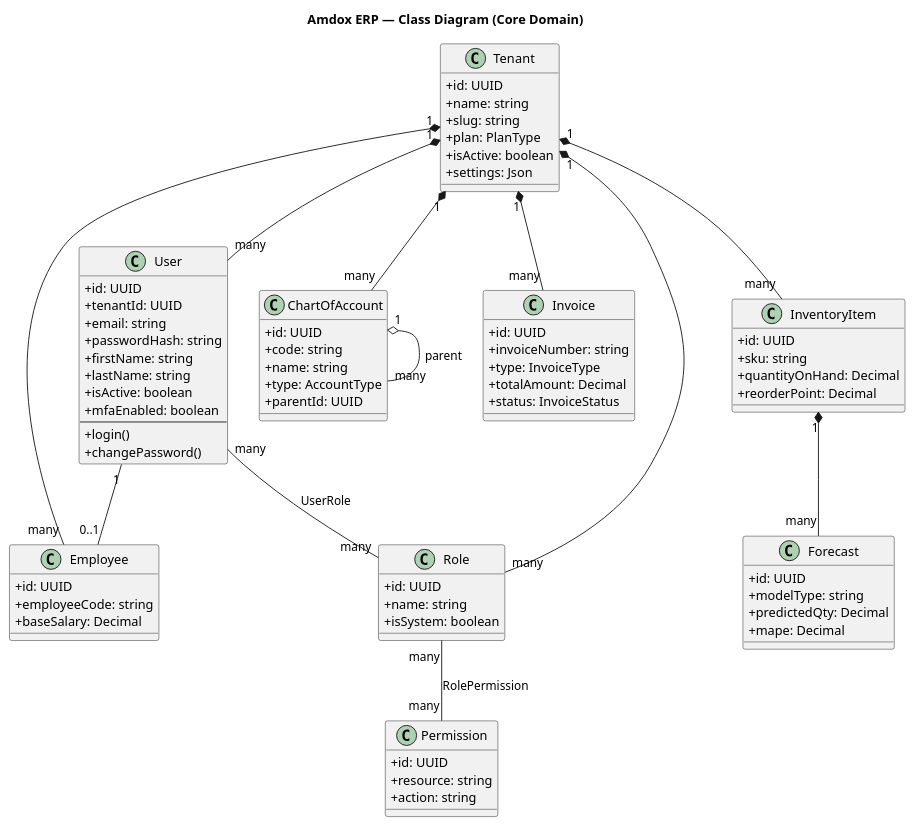
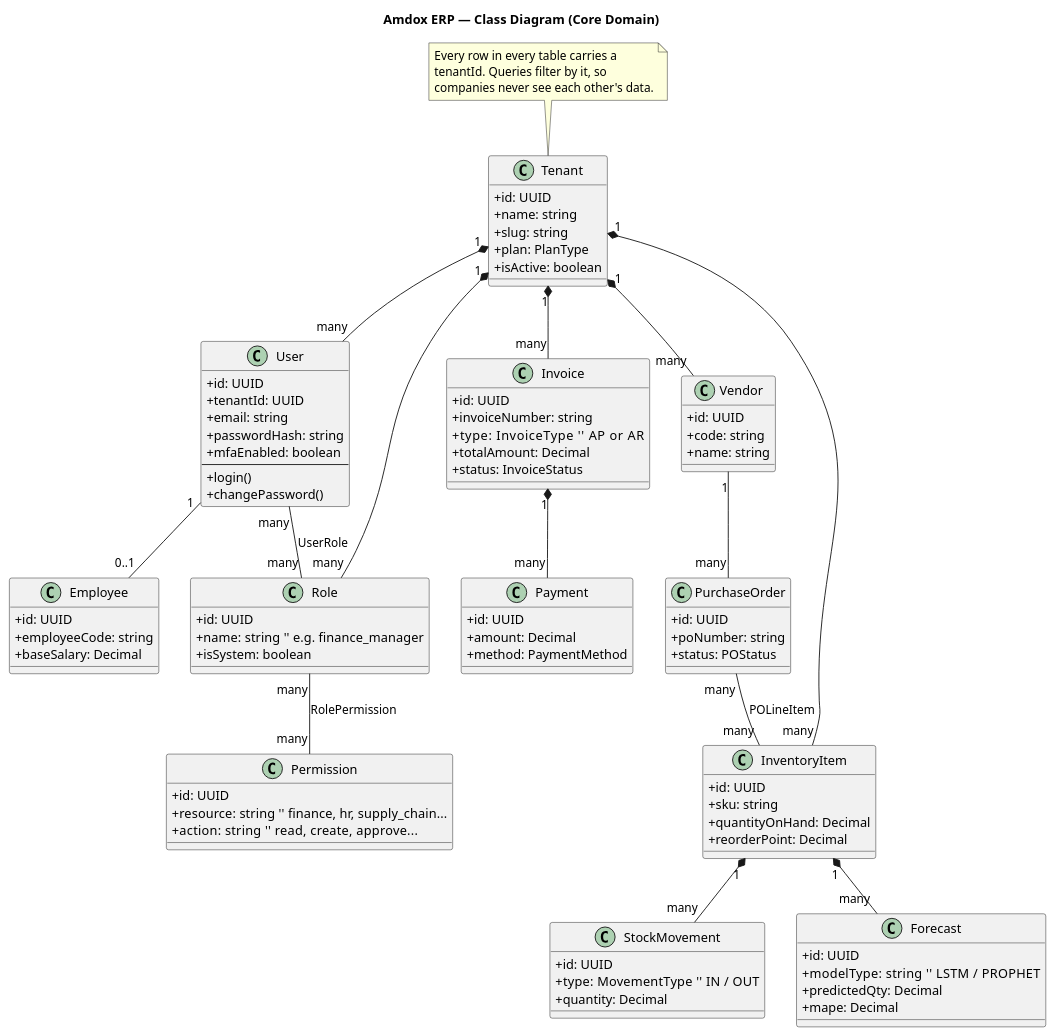
One commit to Shubhanjali801/amdox-erp changed the diagram in docs/uml/3-class.puml. Above: the diagram before and after it, drawn with PlantUML. The commit also changed 20 other files, not shown here.

Commit message:
docs(uml): update diagrams to as-built system + render PNGs

```diff
--- a/docs/uml/3-class.puml
+++ b/docs/uml/3-class.puml
@@ -1,87 +1,118 @@
 @startuml Amdox-ERP-Class
 title Amdox ERP — Class Diagram (Core Domain)
 skinparam classAttributeIconSize 0
+skinparam shadowing false
+
+' How to read this: Tenant is the top of everything — every other record
+' belongs to exactly one Tenant (that's multi-tenancy). A User gets Roles,
+' each Role grants Permissions (resource:action). The rest are the business
+' entities. "*--" = "owns / composed of"; "many--many" uses a join table.
 
 class Tenant {
   +id: UUID
   +name: string
   +slug: string
   +plan: PlanType
   +isActive: boolean
-  +settings: Json
 }
 
 class User {
   +id: UUID
   +tenantId: UUID
   +email: string
   +passwordHash: string
-  +firstName: string
-  +lastName: string
-  +isActive: boolean
   +mfaEnabled: boolean
   --
   +login()
   +changePassword()
 }
 
 class Role {
   +id: UUID
-  +name: string
+  +name: string  '' e.g. finance_manager
   +isSystem: boolean
 }
 
 class Permission {
   +id: UUID
-  +resource: string
-  +action: string
-}
-
-class ChartOfAccount {
-  +id: UUID
-  +code: string
-  +name: string
-  +type: AccountType
-  +parentId: UUID
-}
-
-class Invoice {
-  +id: UUID
-  +invoiceNumber: string
-  +type: InvoiceType
-  +totalAmount: Decimal
-  +status: InvoiceStatus
+  +resource: string  '' finance, hr, supply_chain...
+  +action: string    '' read, create, approve...
 }
 
 class Employee {
   +id: UUID
   +employeeCode: string
   +baseSalary: Decimal
+}
+
+class Invoice {
+  +id: UUID
+  +invoiceNumber: string
+  +type: InvoiceType      '' AP or AR
+  +totalAmount: Decimal
+  +status: InvoiceStatus
+}
+
+class Payment {
+  +id: UUID
+  +amount: Decimal
+  +method: PaymentMethod
+}
+
+class Vendor {
+  +id: UUID
+  +code: string
+  +name: string
+}
+
+class PurchaseOrder {
+  +id: UUID
+  +poNumber: string
+  +status: POStatus
 }
 
 class InventoryItem {
   +id: UUID
   +sku: string
   +quantityOnHand: Decimal
   +reorderPoint: Decimal
 }
 
+class StockMovement {
+  +id: UUID
+  +type: MovementType   '' IN / OUT
+  +quantity: Decimal
+}
+
 class Forecast {
   +id: UUID
-  +modelType: string
+  +modelType: string    '' LSTM / PROPHET
   +predictedQty: Decimal
   +mape: Decimal
 }
 
+' ── Identity & access ──
 Tenant "1" *-- "many" User
 Tenant "1" *-- "many" Role
 User "many" -- "many" Role : UserRole
 Role "many" -- "many" Permission : RolePermission
-Tenant "1" *-- "many" ChartOfAccount
+User "1" -- "0..1" Employee
+
+' ── Finance ──
 Tenant "1" *-- "many" Invoice
-Tenant "1" *-- "many" Employee
-User "1" -- "0..1" Employee
+Invoice "1" *-- "many" Payment
+
+' ── Supply chain ──
+Tenant "1" *-- "many" Vendor
 Tenant "1" *-- "many" InventoryItem
+Vendor "1" -- "many" PurchaseOrder
+PurchaseOrder "many" -- "many" InventoryItem : POLineItem
+InventoryItem "1" *-- "many" StockMovement
 InventoryItem "1" *-- "many" Forecast
-ChartOfAccount "1" o-- "many" ChartOfAccount : parent
+
+note top of Tenant
+  Every row in every table carries a
+  tenantId. Queries filter by it, so
+  companies never see each other's data.
+end note
 @enduml
```
